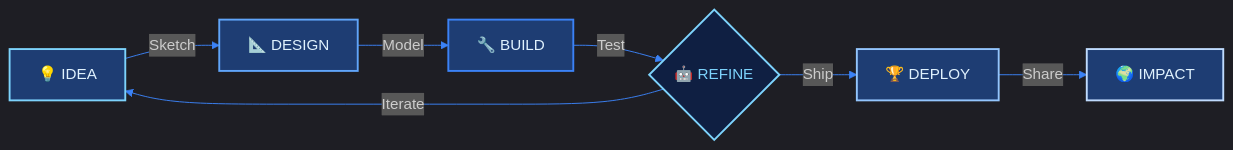
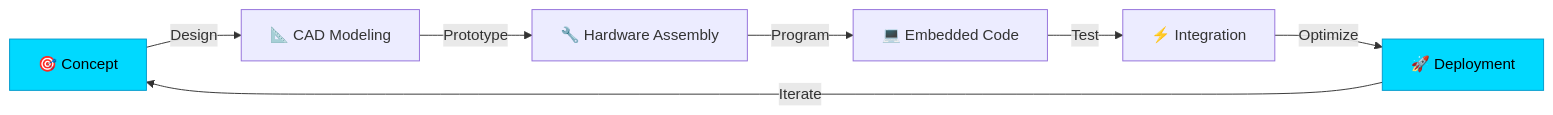
Before and after one commit to nasblor/nasblor: the first of 2 diagrams in readme.md, drawn with Mermaid. The commit also changed other lines of this file, not shown here.

````diff
--- a/readme.md
+++ b/readme.md
@@ -68,16 +63,11 @@
 ```mermaid
-%%{init:{'theme':'dark','themeVariables':{'primaryColor':'#7dd3fc','primaryTextColor':'#000','lineColor':'#3b82f6','secondaryColor':'#0f1f42','tertiaryColor':'#0a0e1a'}}}%%
-flowchart LR
-    A["💡 IDEA"] -->|Sketch| B["📐 DESIGN"]
-    B -->|Model| C["🔧 BUILD"]
-    C -->|Test| D{"🤖 REFINE"}
-    D -->|Iterate| A
-    D -->|Ship| E["🏆 DEPLOY"]
-    E -->|Share| F["🌍 IMPACT"]
-    style A fill:#1e3d73,stroke:#7dd3fc,color:#e0f2fe,stroke-width:2px
-    style B fill:#1e3d73,stroke:#60a5fa,color:#e0f2fe,stroke-width:2px
-    style C fill:#1e3d73,stroke:#3b82f6,color:#e0f2fe,stroke-width:2px
-    style D fill:#0f1f42,stroke:#7dd3fc,color:#7dd3fc,stroke-width:2px
-    style E fill:#1e3d73,stroke:#93c5fd,color:#e0f2fe,stroke-width:2px
-    style F fill:#1e3d73,stroke:#bfdbfe,color:#e0f2fe,stroke-width:2px
+graph LR
+    A[🎯 Concept] -->|Design| B[📐 CAD Modeling]
+    B -->|Prototype| C[🔧 Hardware Assembly]
+    C -->|Program| D[💻 Embedded Code]
+    D -->|Test| E[⚡ Integration]
+    E -->|Optimize| F[🚀 Deployment]
+    F -->|Iterate| A
+    style A fill:#00D9FF,stroke:#0099CC,color:#000
+    style F fill:#00D9FF,stroke:#0099CC,color:#000
 ```
````
